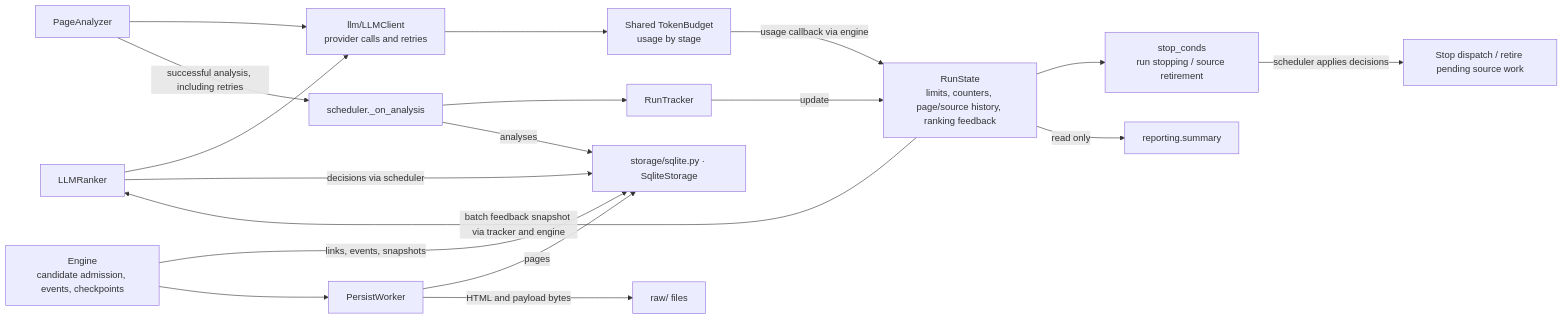
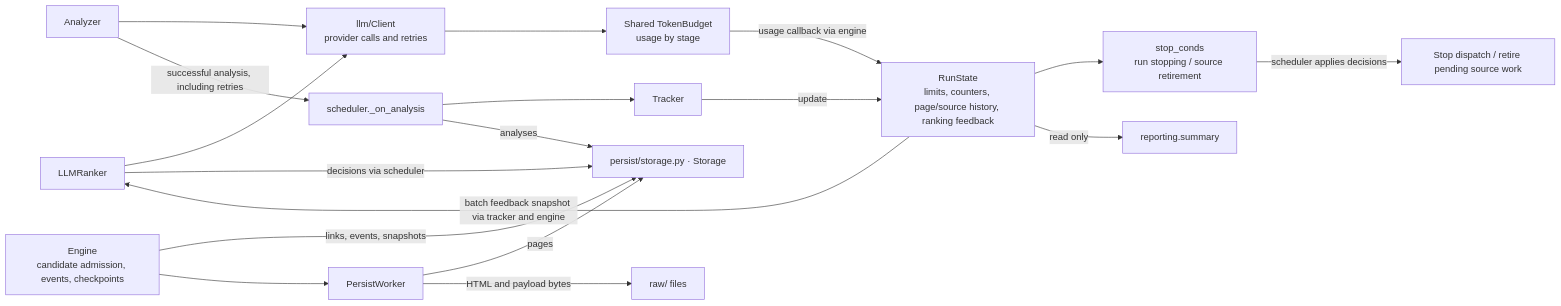
Before and after one commit to shixuan/crawl-me-maybe: the second of 3 diagrams in docs/arch.md, drawn with Mermaid. The commit also changed other lines of this file and 95 other files, not shown here.

````diff
--- a/docs/arch.md
+++ b/docs/arch.md
@@ -222,22 +229,22 @@
 ```mermaid
 flowchart LR
-    ranker[LLMRanker] --> clients["llm/LLMClient<br>provider calls and retries"]
-    analyzer[PageAnalyzer] --> clients
+    ranker[LLMRanker] --> clients["llm/Client<br>provider calls and retries"]
+    analyzer[Analyzer] --> clients
     clients --> budget["Shared TokenBudget<br>usage by stage"]
 
     analyzer -->|successful analysis, including retries| sink["scheduler._on_analysis"]
-    sink --> tracker[RunTracker]
+    sink --> tracker[Tracker]
     tracker -->|update| state["RunState<br>limits, counters, page/source history, ranking feedback"]
     state -->|batch feedback snapshot via tracker and engine| ranker
     state --> policies["stop_conds<br>run stopping / source retirement"]
     budget -->|usage callback via engine| state
     policies -->|scheduler applies decisions| control["Stop dispatch / retire pending source work"]
 
-    ranker -->|decisions via scheduler| storage["storage/sqlite.py · SqliteStorage"]
+    ranker -->|decisions via scheduler| storage["persist/storage.py · Storage"]
     sink -->|analyses| storage
     scheduler["Engine<br>candidate admission, events, checkpoints"] -->|links, events, snapshots| storage
     scheduler --> persistence[PersistWorker]
     persistence -->|pages| storage
     persistence -->|HTML and payload bytes| raw["raw/ files"]
     state -->|read only| report["reporting.summary"]
 ```
````
